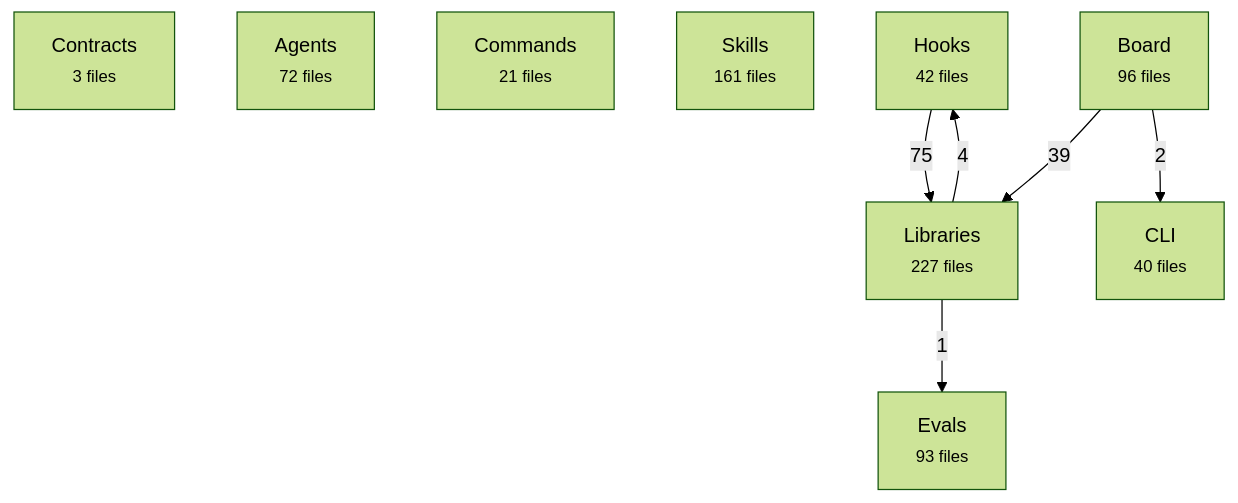
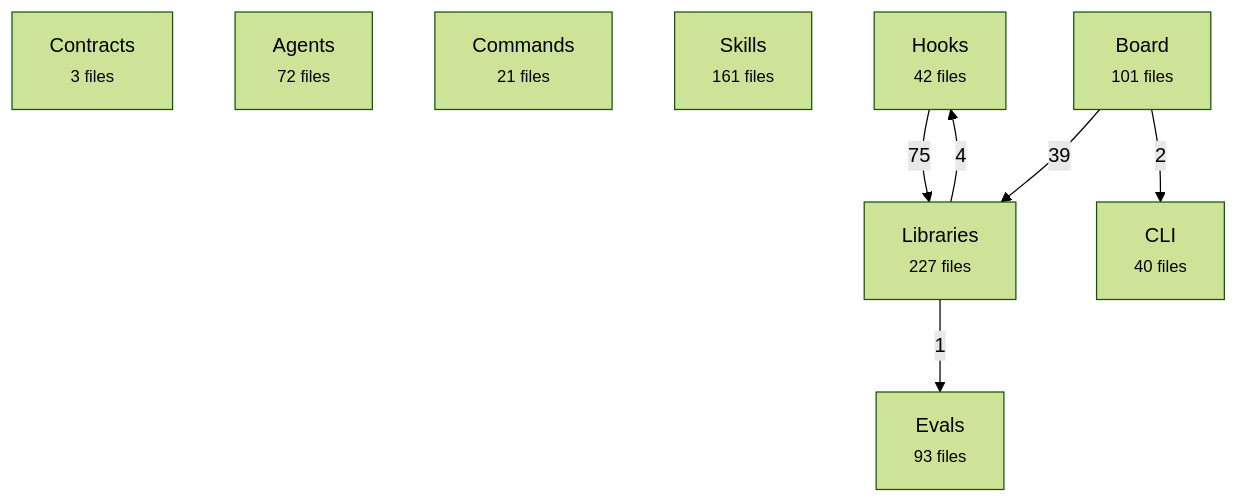
One commit to avelikiy/great_cto changed the first of 2 diagrams in docs/reference/architecture-map.md. Above: the diagram before and after it, drawn with Mermaid (forest theme). The commit also changed other lines of this file and 6 other files, not shown here.

````diff
--- a/docs/reference/architecture-map.md
+++ b/docs/reference/architecture-map.md
@@ -20,17 +20,17 @@
 ```mermaid
 flowchart TD
   contracts["Contracts<br/><small>3 files</small>"]
   agents["Agents<br/><small>72 files</small>"]
   commands["Commands<br/><small>21 files</small>"]
   skills["Skills<br/><small>161 files</small>"]
   hooks["Hooks<br/><small>42 files</small>"]
   libs["Libraries<br/><small>227 files</small>"]
-  board["Board<br/><small>96 files</small>"]
+  board["Board<br/><small>101 files</small>"]
   cli["CLI<br/><small>40 files</small>"]
   evals["Evals<br/><small>93 files</small>"]
   hooks -->|75| libs
   board -->|39| libs
   libs -->|4| hooks
   board -->|2| cli
   libs -->|1| evals
 ```
````
